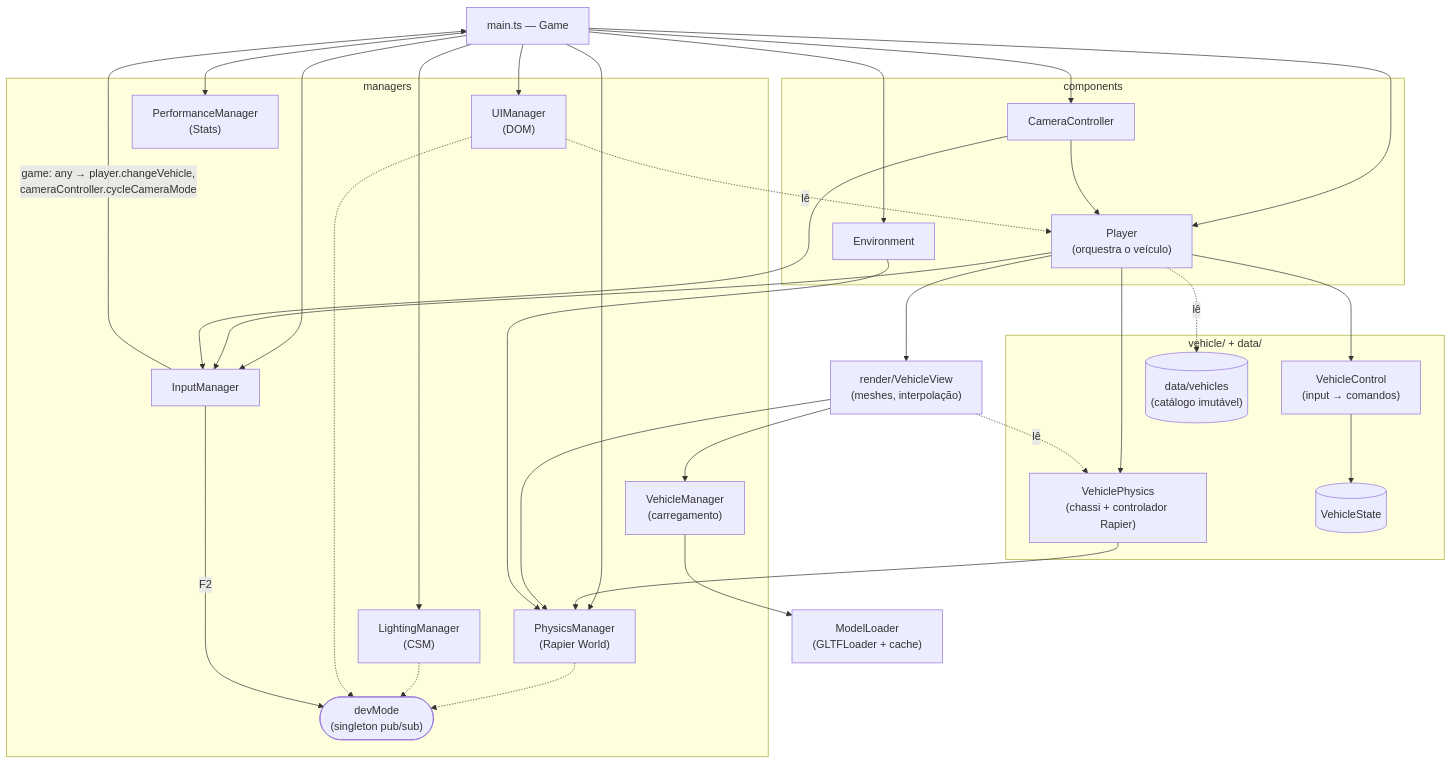
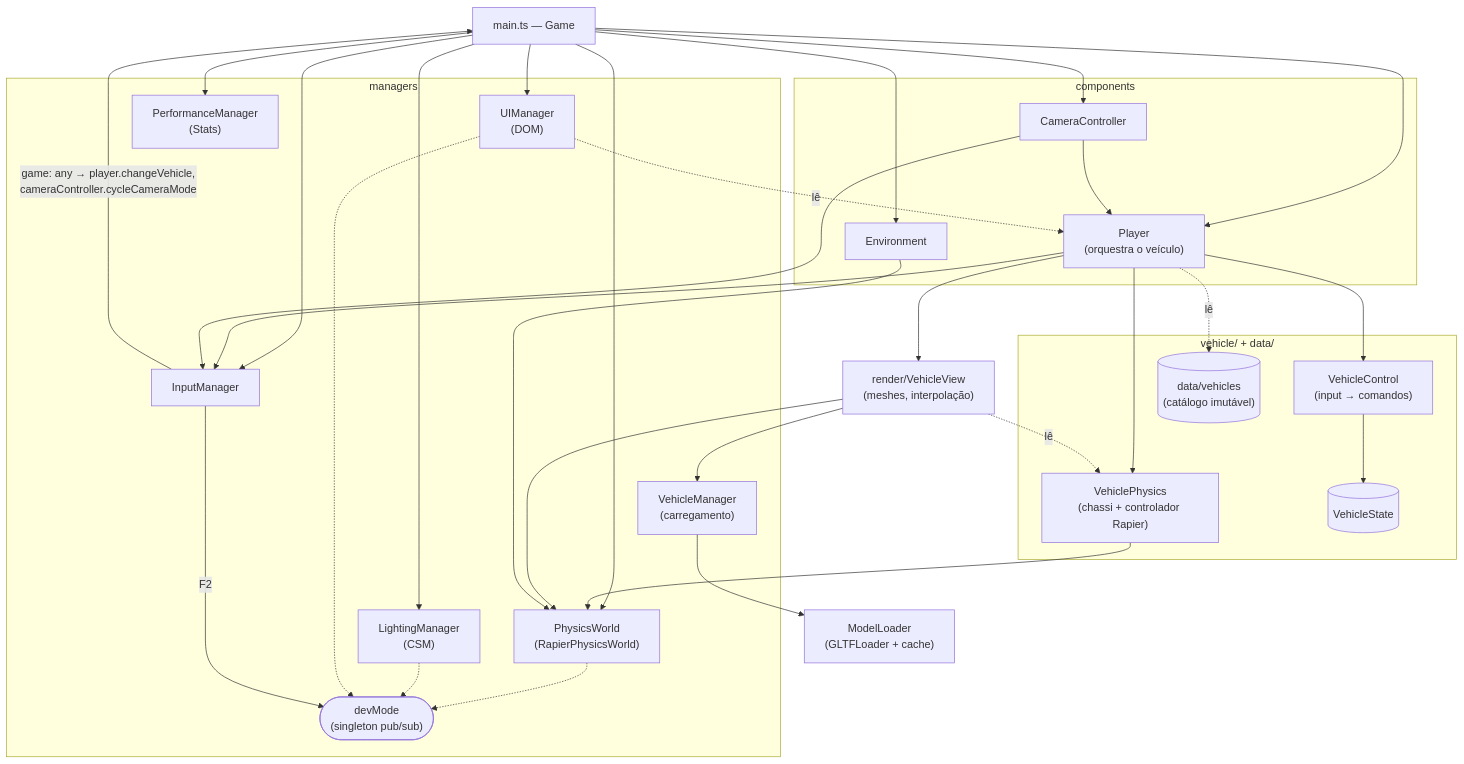
The first of 2 diagrams in ARCHITECTURE.md (leo-pansonato/portfolio-three.js), drawn with Mermaid before and after one commit. The commit also changed other lines of this file and 3 other files, not shown here.

Commit message:
docs: P1-3 concluído (PhysicsWorld e adaptador Rapier em src/physics)

````diff
--- a/ARCHITECTURE.md
+++ b/ARCHITECTURE.md
@@ -21,44 +21,44 @@
 ```mermaid
 flowchart TD
     main["main.ts — Game"]
     subgraph managers
-        PM["PhysicsManager<br/>(Rapier World)"]
+        PM["PhysicsWorld<br/>(RapierPhysicsWorld)"]
         IM["InputManager"]
         LM["LightingManager<br/>(CSM)"]
         UI["UIManager<br/>(DOM)"]
         PerfM["PerformanceManager<br/>(Stats)"]
         VM["VehicleManager<br/>(carregamento)"]
         DM(["devMode<br/>(singleton pub/sub)"])
     end
     subgraph components
         P["Player<br/>(orquestra o veículo)"]
         CC["CameraController"]
         Env["Environment"]
     end
     subgraph vehicle ["vehicle/ + data/"]
         VC["VehicleControl<br/>(input → comandos)"]
         VP["VehiclePhysics<br/>(chassi + controlador Rapier)"]
         VS[("VehicleState")]
         VD[("data/vehicles<br/>(catálogo imutável)")]
     end
     VV["render/VehicleView<br/>(meshes, interpolação)"]
     ML["ModelLoader<br/>(GLTFLoader + cache)"]
 
     main --> PM & IM & LM & UI & PerfM & Env & P & CC
     P --> IM
     P --> VC --> VS
     P --> VP --> PM
     P --> VV --> VM --> ML
     VV -. lê .-> VP
     VV --> PM
     P -. lê .-> VD
     CC --> P
     CC --> IM
     Env --> PM
     UI -. lê .-> P
     IM -- "game: any → player.changeVehicle,<br/>cameraController.cycleCameraMode" --> main
     PM -.-> DM
     LM -.-> DM
     UI -.-> DM
     IM -- F2 --> DM
 ```
````
